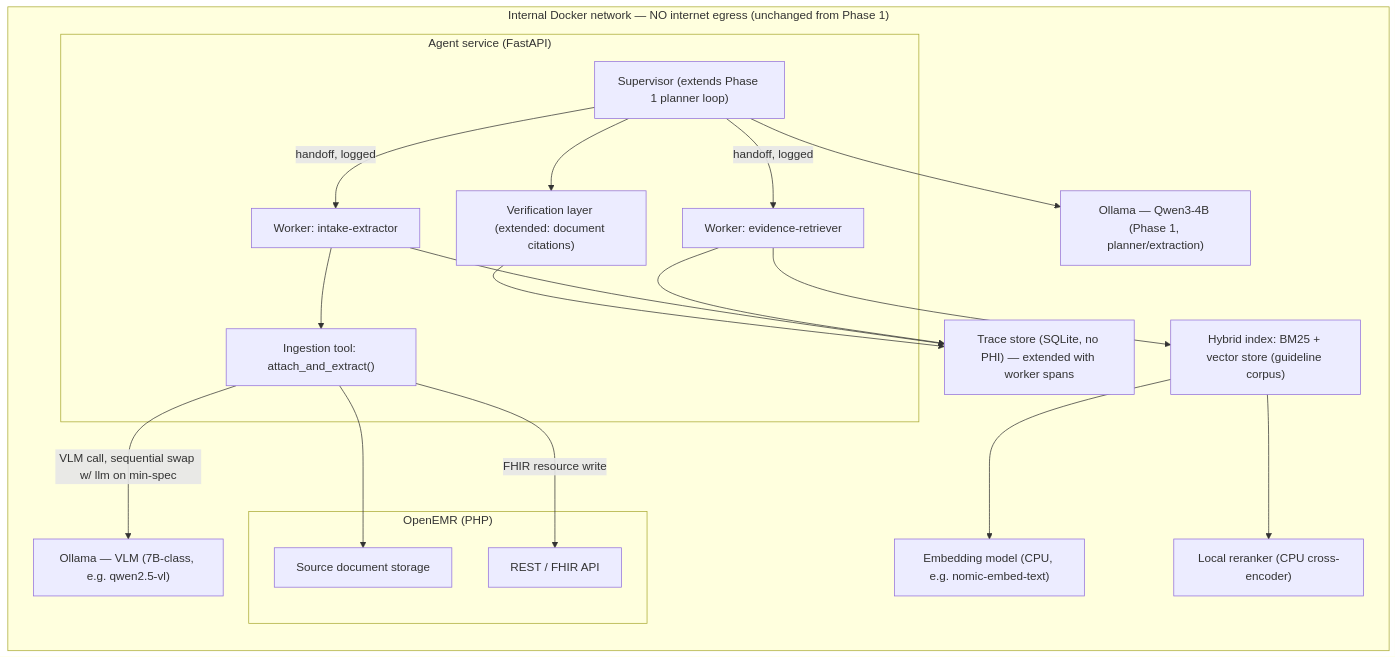
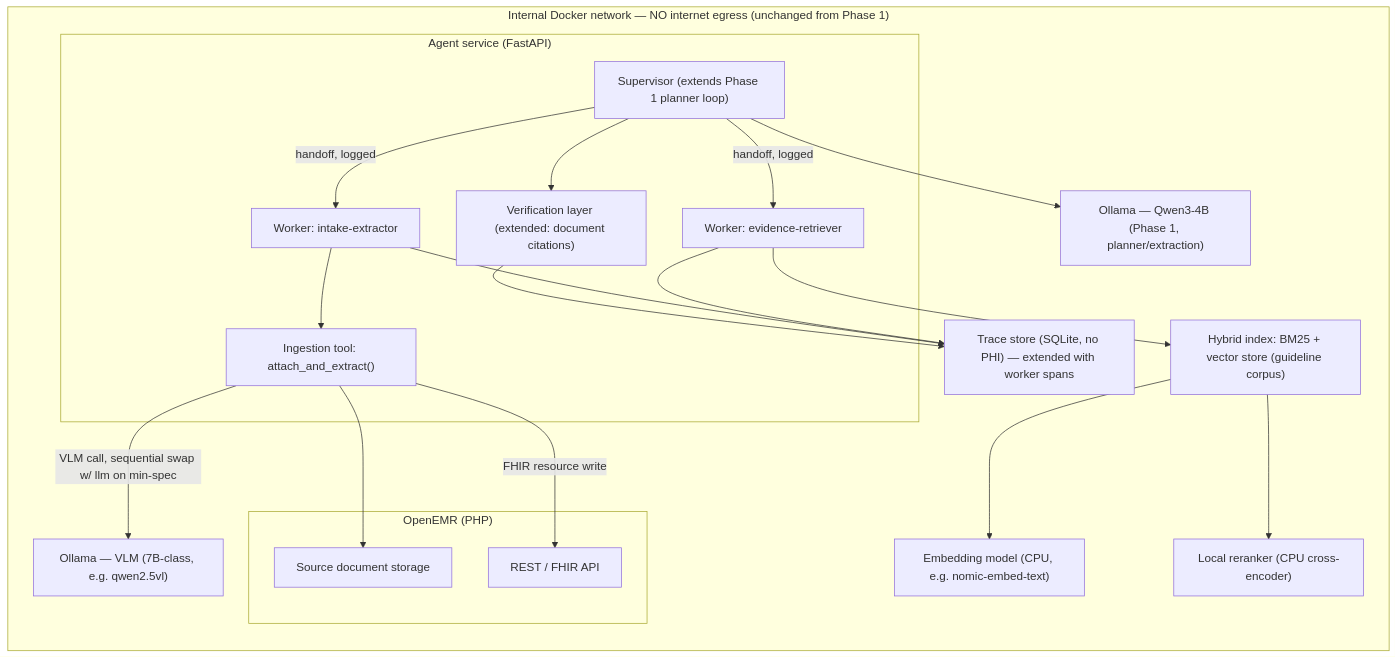
Before and after one commit to franciszver/agentforge-2-evidence-agent: the first of 2 diagrams in docs/W2_ARCHITECTURE.md, drawn with Mermaid. The commit also changed other lines of this file, not shown here.

First line of the commit message:
docs(architecture): fix code-review findings in W2 architecture (#12)

````diff
--- a/docs/W2_ARCHITECTURE.md
+++ b/docs/W2_ARCHITECTURE.md
@@ -52,41 +52,41 @@
 ```mermaid
 flowchart TB
     subgraph net["Internal Docker network — NO internet egress (unchanged from Phase 1)"]
         direction TB
 
         subgraph openemr["OpenEMR (PHP)"]
             api["REST / FHIR API"]
             docstore["Source document storage"]
         end
 
         subgraph agent["Agent service (FastAPI)"]
             sup["Supervisor (extends Phase 1 planner loop)"]
             intake["Worker: intake-extractor"]
             retr["Worker: evidence-retriever"]
             verify["Verification layer (extended: document citations)"]
             ingest["Ingestion tool: attach_and_extract()"]
         end
 
-        vlm["Ollama — VLM (7B-class, e.g. qwen2.5-vl)"]
+        vlm["Ollama — VLM (7B-class, e.g. qwen2.5vl)"]
         llm["Ollama — Qwen3-4B (Phase 1, planner/extraction)"]
         embed["Embedding model (CPU, e.g. nomic-embed-text)"]
         rerank["Local reranker (CPU cross-encoder)"]
         idx["Hybrid index: BM25 + vector store (guideline corpus)"]
         trace["Trace store (SQLite, no PHI) — extended with worker spans"]
     end
 
     sup -->|handoff, logged| intake
     sup -->|handoff, logged| retr
     intake --> ingest
     ingest -->|VLM call, sequential swap w/ llm on min-spec| vlm
     ingest --> docstore
     ingest -->|FHIR resource write| api
     retr --> idx
     idx --> embed
     idx --> rerank
     sup --> llm
     sup --> verify
     verify --> trace
     intake --> trace
     retr --> trace
 ```
````
